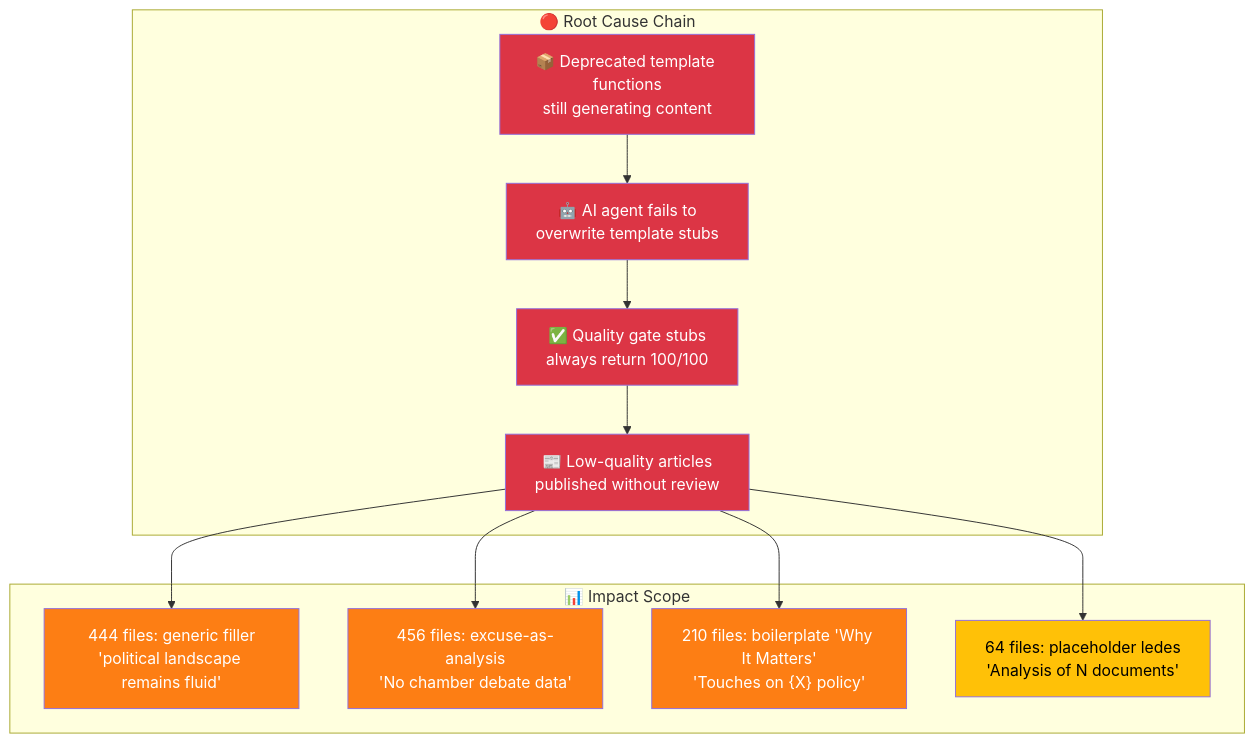
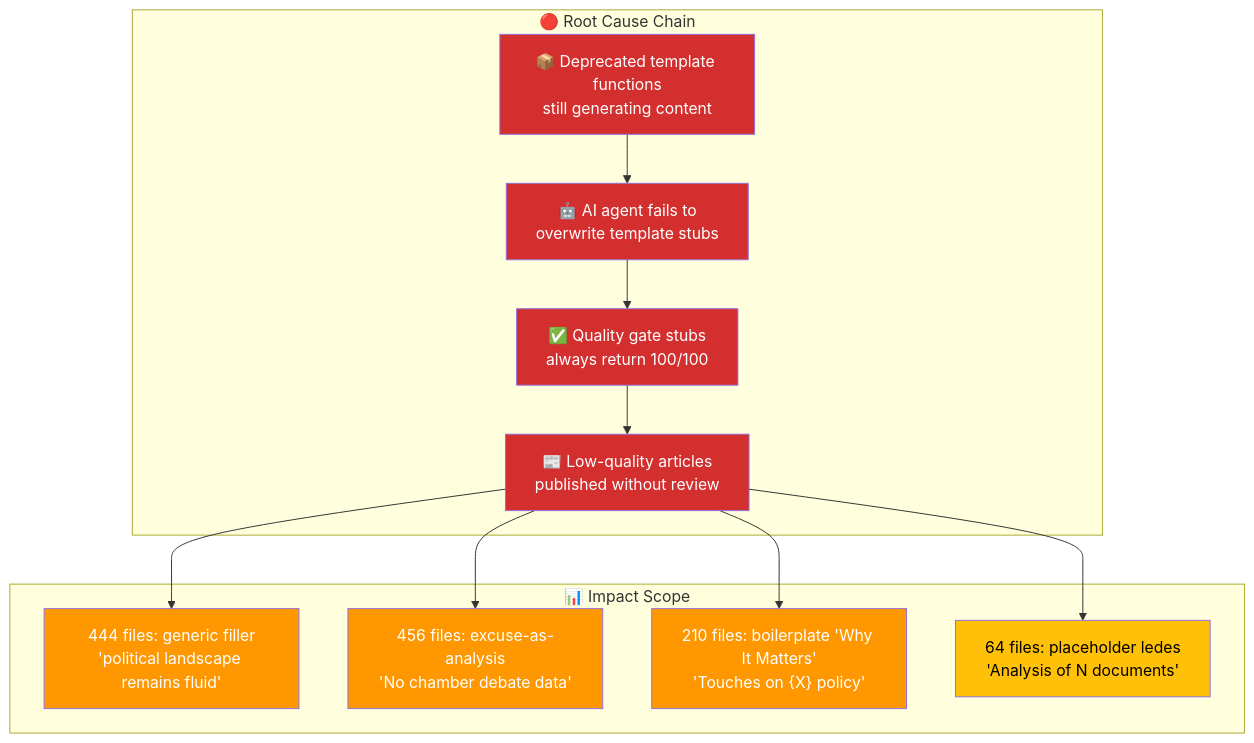
One commit to Hack23/riksdagsmonitor changed the tenth of 11 diagrams in analysis/methodologies/ai-driven-analysis-guide.md. Above: the diagram before and after it, drawn with Mermaid. The commit also changed other lines of this file and 14 other files, not shown here.

First line of the commit message:
Align analysis/ mermaid diagrams with ISMS Style Guide palette and convert SWOT to quadrantChart

````diff
--- a/analysis/methodologies/ai-driven-analysis-guide.md
+++ b/analysis/methodologies/ai-driven-analysis-guide.md
@@ -1353,29 +1360,29 @@
 ```mermaid
 graph TD
     subgraph "🔴 Root Cause Chain"
         RC1["📦 Deprecated template functions<br/>still generating content"] --> RC2["🤖 AI agent fails to<br/>overwrite template stubs"]
         RC2 --> RC3["✅ Quality gate stubs<br/>always return 100/100"]
         RC3 --> RC4["📰 Low-quality articles<br/>published without review"]
     end
     
     subgraph "📊 Impact Scope"
         I1["444 files: generic filler<br/>'political landscape remains fluid'"]
         I2["456 files: excuse-as-analysis<br/>'No chamber debate data'"]
         I3["210 files: boilerplate 'Why It Matters'<br/>'Touches on {X} policy'"]
         I4["64 files: placeholder ledes<br/>'Analysis of N documents'"]
     end
     
     RC4 --> I1
     RC4 --> I2
     RC4 --> I3
     RC4 --> I4
 
-    style RC1 fill:#dc3545,color:#fff
-    style RC2 fill:#dc3545,color:#fff
-    style RC3 fill:#dc3545,color:#fff
-    style RC4 fill:#dc3545,color:#fff
-    style I1 fill:#fd7e14,color:#fff
-    style I2 fill:#fd7e14,color:#fff
-    style I3 fill:#fd7e14,color:#fff
-    style I4 fill:#ffc107,color:#000
+    style RC1 fill:#D32F2F,color:#FFFFFF
+    style RC2 fill:#D32F2F,color:#FFFFFF
+    style RC3 fill:#D32F2F,color:#FFFFFF
+    style RC4 fill:#D32F2F,color:#FFFFFF
+    style I1 fill:#FF9800,color:#FFFFFF
+    style I2 fill:#FF9800,color:#FFFFFF
+    style I3 fill:#FF9800,color:#FFFFFF
+    style I4 fill:#FFC107,color:#000000
 ```
````
